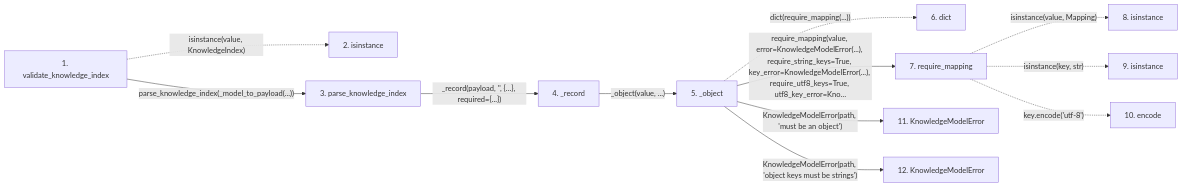
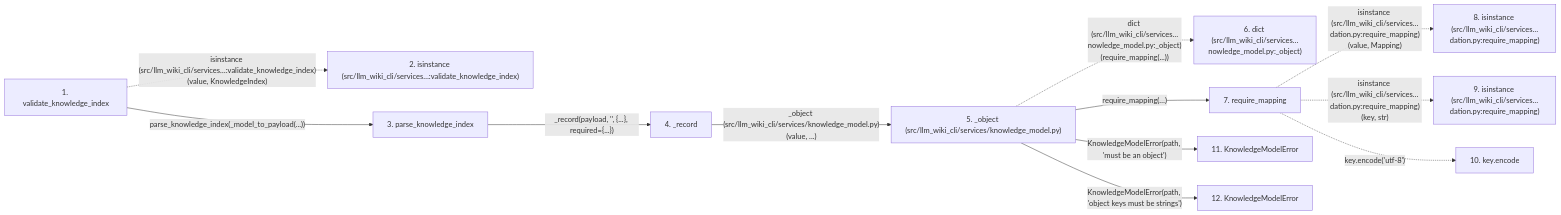
One commit to Denissvgn/python-wiki-llm changed the second of 2 diagrams in docs/llm_wiki/flows/api-validate_knowledge_index.md. Above: the diagram before and after it, drawn with Mermaid. The commit also changed other lines of this file and 719 other files, not shown here.

````diff
--- a/docs/llm_wiki/flows/api-validate_knowledge_index.md
+++ b/docs/llm_wiki/flows/api-validate_knowledge_index.md
@@ -86,33 +89,33 @@
 ```mermaid
 flowchart LR
     s1["1. validate_knowledge_index"]
-    s2["2. isinstance"]
+    s2["2. isinstance (src/llm_wiki_cli/services…:validate_knowledge_index)"]
     s3["3. parse_knowledge_index"]
     s4["4. _record"]
-    s5["5. _object"]
-    s6["6. dict"]
+    s5["5. _object (src/llm_wiki_cli/services/knowledge_model.py)"]
+    s6["6. dict (src/llm_wiki_cli/services…nowledge_model.py:_object)"]
     s7["7. require_mapping"]
-    s8["8. isinstance"]
-    s9["9. isinstance"]
-    s10["10. encode"]
+    s8["8. isinstance (src/llm_wiki_cli/services…dation.py:require_mapping)"]
+    s9["9. isinstance (src/llm_wiki_cli/services…dation.py:require_mapping)"]
+    s10["10. key.encode"]
     s11["11. KnowledgeModelError"]
     s12["12. KnowledgeModelError"]
-    s1 -. "isinstance(value, KnowledgeIndex)" .-> s2
+    s1 -. "isinstance (src/llm_wiki_cli/services…:validate_knowledge_index)(value, KnowledgeIndex)" .-> s2
     s1 -->|"parse_knowledge_index(_model_to_payload(...))"| s3
     s3 -->|"_record(payload, '', {...}, required={...})"| s4
-    s4 -->|"_object(value, ...)"| s5
-    s5 -. "dict(require_mapping(...))" .-> s6
-    s5 -->|"require_mapping(value, error=KnowledgeModelError(...), require_string_keys=True, key_error=KnowledgeModelError(...), require_utf8_keys=True, utf8_key_error=Kno…"| s7
-    s7 -. "isinstance(value, Mapping)" .-> s8
-    s7 -. "isinstance(key, str)" .-> s9
+    s4 -->|"_object (src/llm_wiki_cli/services/knowledge_model.py)(value, ...)"| s5
+    s5 -. "dict (src/llm_wiki_cli/services…nowledge_model.py:_object)(require_mapping(...))" .-> s6
+    s5 -->|"require_mapping(…)"| s7
+    s7 -. "isinstance (src/llm_wiki_cli/services…dation.py:require_mapping)(value, Mapping)" .-> s8
+    s7 -. "isinstance (src/llm_wiki_cli/services…dation.py:require_mapping)(key, str)" .-> s9
     s7 -. "key.encode('utf-8')" .-> s10
     s5 -->|"KnowledgeModelError(path, 'must be an object')"| s11
     s5 -->|"KnowledgeModelError(path, 'object keys must be strings')"| s12
     click s1 "../modules/knowledge_index.md"
     click s3 "../modules/knowledge_model.md"
     click s4 "../modules/knowledge_model.md"
     click s5 "../modules/knowledge_model.md"
     click s7 "../modules/validation.md"
     click s11 "../modules/knowledge_model.md"
     click s12 "../modules/knowledge_model.md"
 ```
````
